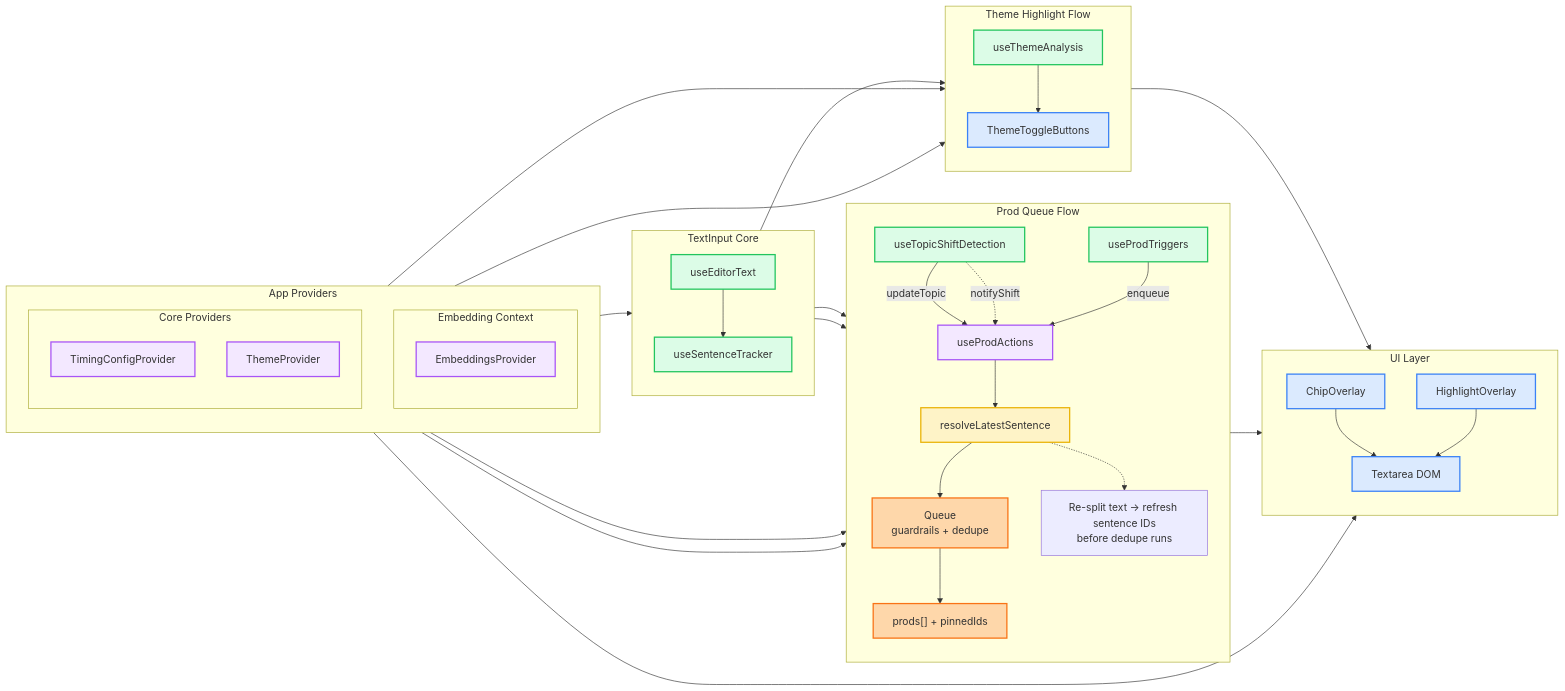
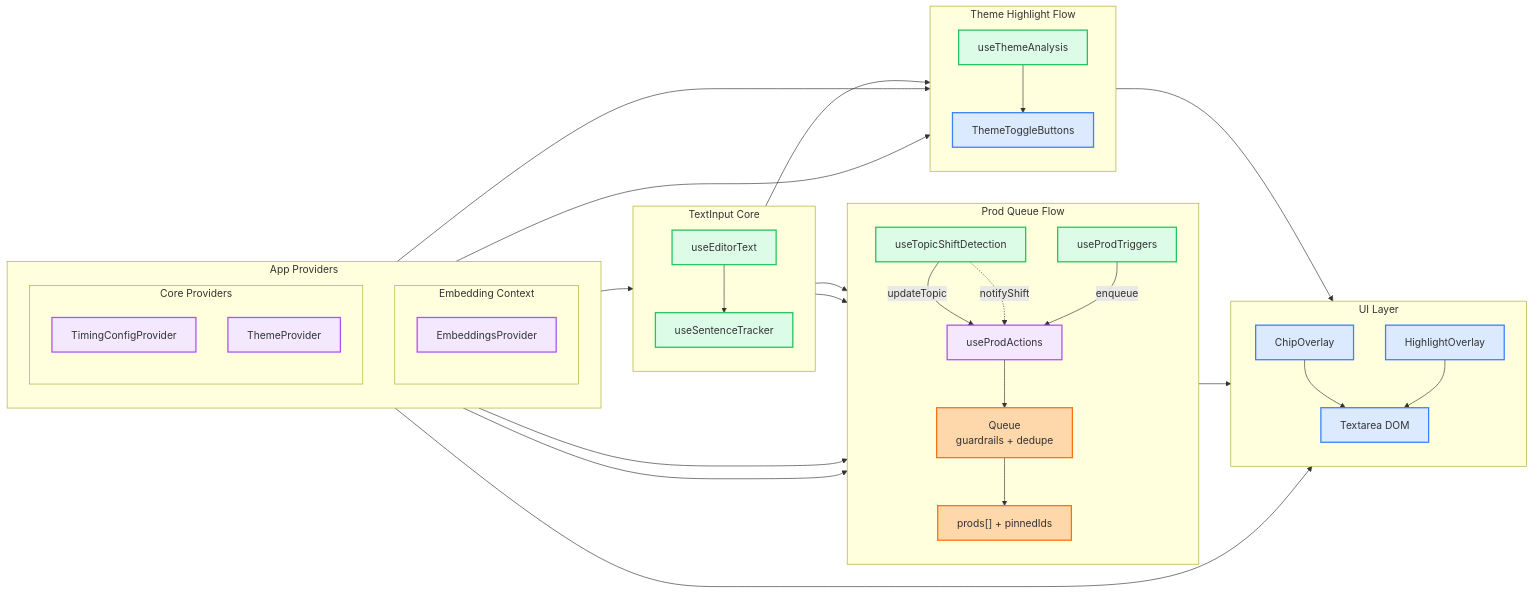
The diagram in docs/diagrams/feature-flow.mmd (andreicstoica/refract), drawn with Mermaid before and after one commit. The commit also changed 4 other files, not shown here.

```diff
--- a/docs/diagrams/feature-flow.mmd
+++ b/docs/diagrams/feature-flow.mmd
@@ -1,83 +1,78 @@
 flowchart LR
   classDef uiClass fill:#dbeafe,stroke:#3b82f6,stroke-width:2px
   classDef hookClass fill:#dcfce7,stroke:#22c55e,stroke-width:2px
   classDef providerClass fill:#f3e8ff,stroke:#a855f7,stroke-width:2px
   classDef queueClass fill:#fed7aa,stroke:#f97316,stroke-width:2px
   classDef ruleClass fill:#fef3c7,stroke:#eab308,stroke-width:2px
 
   subgraph Providers["App Providers"]
     direction TB
     subgraph EmbeddingsLayer["Embedding Context"]
       direction TB
       Embeddings["EmbeddingsProvider"]
     end
     subgraph CoreProviders["Core Providers"]
       direction TB
       Timing["TimingConfigProvider"]
       Theme["ThemeProvider"]
     end
   end
 
   subgraph EditorCore["TextInput Core"]
     direction TB
     EditorText["useEditorText"]
     SentenceTracker["useSentenceTracker"]
   end
   
   subgraph ProdFlow["Prod Queue Flow"]
     direction TB
     TopicShift["useTopicShiftDetection"]
     ProdTriggers["useProdTriggers"]
     Actions["useProdActions"]
-    SentenceResolver["resolveLatestSentence"]
     Queue["Queue<br/>guardrails + dedupe"]
     State["prods[] + pinnedIds"]
     
     TopicShift -->|updateTopic| Actions
     TopicShift -.->|notifyShift| Actions
     ProdTriggers -->|enqueue| Actions
-    Actions --> SentenceResolver
-    SentenceResolver --> Queue
+    Actions --> Queue
     Queue --> State
-    SentenceResolver -.-> SentenceResolverNote["Re-split text → refresh sentence IDs<br/>before dedupe runs"]
   end
   
   subgraph ThemeFlow["Theme Highlight Flow"]
     direction TB
     ThemeToggles["ThemeToggleButtons"]
     ThemeAnalysis["useThemeAnalysis"]
     
     ThemeAnalysis --> ThemeToggles
   end
   
   subgraph UI["UI Layer"]
     direction TB
     Chips["ChipOverlay"]
     Highlights["HighlightOverlay"]
     TextArea["Textarea DOM"]
   end
   
   Providers --> EditorText
   
   EditorText --> TopicShift
   EditorText --> SentenceTracker
   SentenceTracker --> ProdTriggers
-  SentenceTracker --> ThemeAnalysis
-  
+  SentenceTracker --> ThemeAnalysis  
   Timing --> ProdTriggers
   Timing --> Queue
   
   Embeddings --> ThemeAnalysis
   Theme --> ThemeToggles
   Theme --> Highlights
   
   State --> Chips
   Chips --> TextArea
   ThemeAnalysis --> Highlights
   Highlights --> TextArea
   
   class EditorText,SentenceTracker,TopicShift,ProdTriggers,ThemeAnalysis hookClass
   class Embeddings,Timing,Theme,Actions providerClass
-  class SentenceResolver ruleClass
   class Queue,State queueClass
   class Chips,Highlights,TextArea,ThemeToggles uiClass
```
